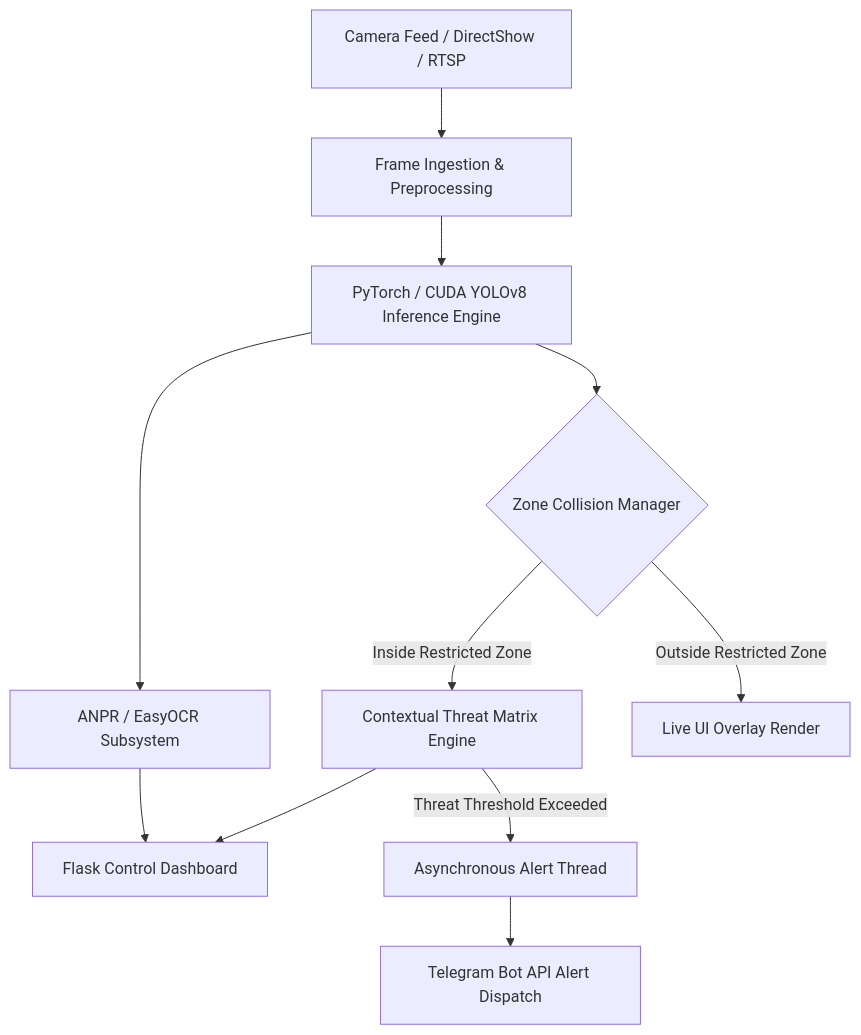
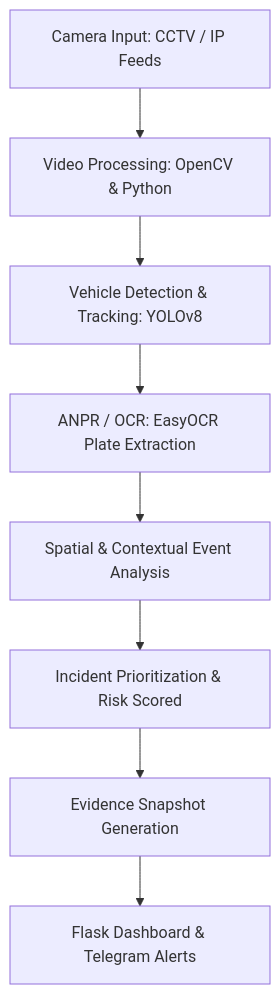
One commit to ansonjolly33/IBVAP changed the first of 2 diagrams in README.md. Above: the diagram before and after it, drawn with Mermaid. The commit also changed other lines of this file, not shown here.

````diff
--- a/README.md
+++ b/README.md
@@ -45,17 +57,10 @@
 ```mermaid
 graph TD
-    A[Camera Feed / DirectShow / RTSP] --> B[Frame Ingestion & Preprocessing]
-    B --> C[PyTorch / CUDA YOLOv8 Inference Engine]
-    C --> D{Zone Collision Manager}
-    C --> E[ANPR / EasyOCR Subsystem]
-    
-    D -->|Inside Restricted Zone| F[Contextual Threat Matrix Engine]
-    D -->|Outside Restricted Zone| G[Live UI Overlay Render]
-    
-    F --> H[Flask Control Dashboard]
-    F -->|Threat Threshold Exceeded| I[Asynchronous Alert Thread]
-
-    
-    E --> H
-    I --> J[Telegram Bot API Alert Dispatch]
+    A[Camera Input: CCTV / IP Feeds] --> B[Video Processing: OpenCV & Python]
+    B --> C[Vehicle Detection & Tracking: YOLOv8]
+    C --> D[ANPR / OCR: EasyOCR Plate Extraction]
+    D --> E[Spatial & Contextual Event Analysis]
+    E --> F[Incident Prioritization & Risk Scored]
+    F --> G[Evidence Snapshot Generation]
+    G --> H[Flask Dashboard & Telegram Alerts]
 ```
````
